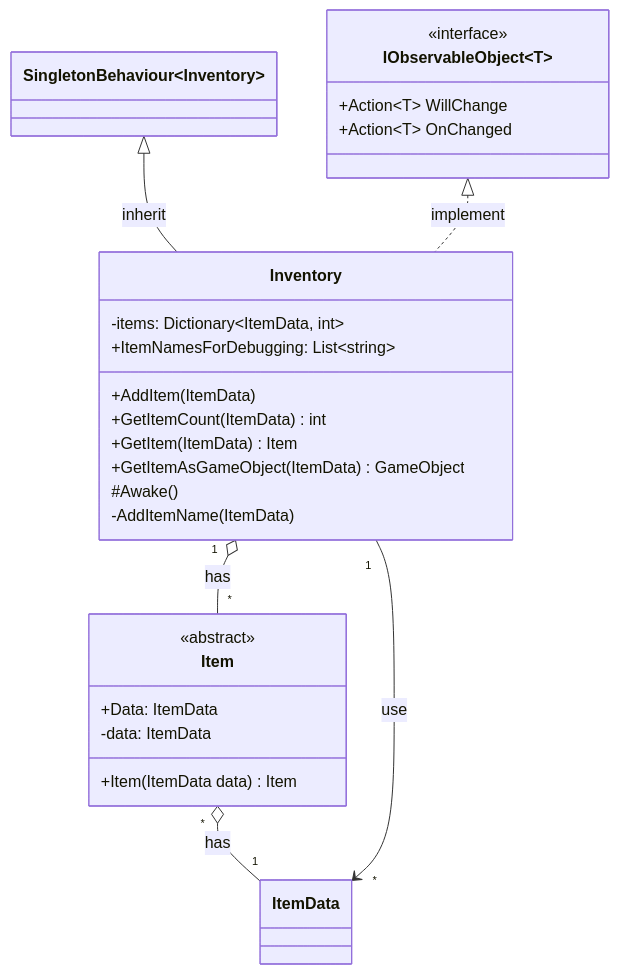
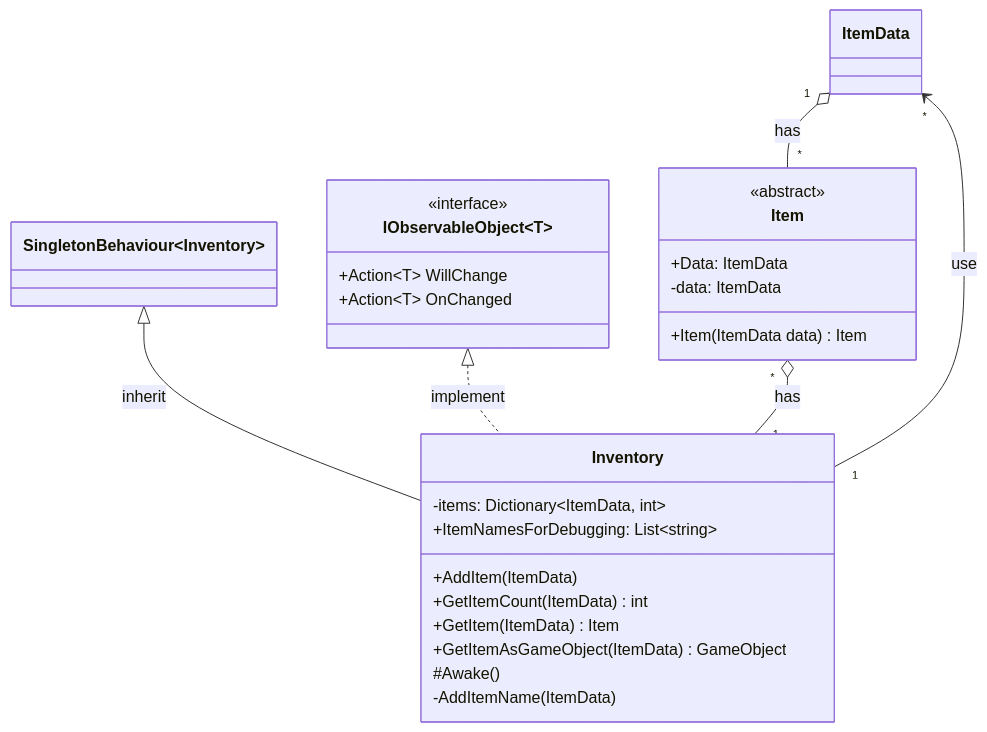
The diagram in docs/기능명세서/아이템/Inventory.md (10-team-project/docs), drawn with Mermaid before and after one commit. The commit also changed other lines of this file and 1 other file, not shown here.

Commit message:
Recipe Registry

````diff
--- a/docs/기능명세서/아이템/Inventory.md
+++ b/docs/기능명세서/아이템/Inventory.md
@@ -33,33 +33,33 @@
 ```mermaid
 classDiagram
 
 	class Inventory {
 		-items: Dictionary~ItemData, int~
 		+ItemNamesForDebugging: List~string~
 		+AddItem(ItemData)
 		+GetItemCount(ItemData) int
 		+GetItem(ItemData) Item
 		+GetItemAsGameObject(ItemData) GameObject
 		#Awake()
 		-AddItemName(ItemData)
 	}
 	
 	class Item {
 	<<abstract>>
 		+Data: ItemData
 		-data: ItemData
 		+Item(ItemData data) Item
 	}
 
 	class IObservableObject~T~ {
 		<<interface>>
 		+Action~T~ WillChange
 		+Action~T~ OnChanged
 	}
 	
 	SingletonBehaviour~Inventory~ <|-- Inventory : inherit
 	IObservableObject~Inventory~  <|.. Inventory : implement
-	Inventory "1" o-- "*" Item : has
+	Item "*" o-- "1" Inventory : has
 	ItemData "*" <-- "1" Inventory : use
-	Item "*" o-- "1" ItemData	: has
+	ItemData "1" o-- "*" Item	: has
 ```
````
